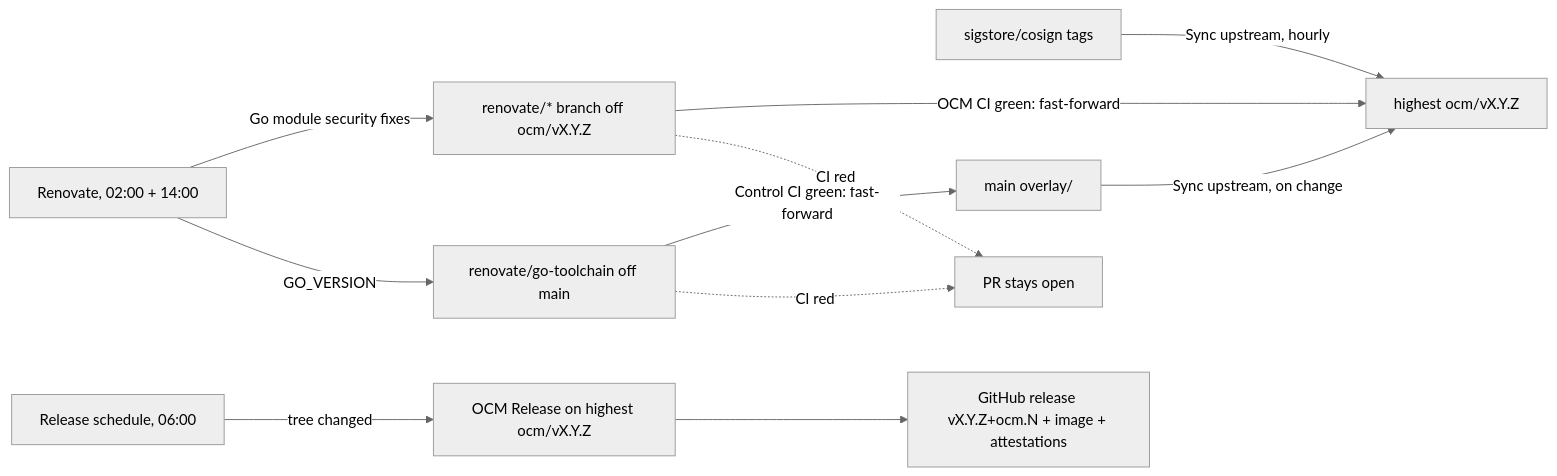
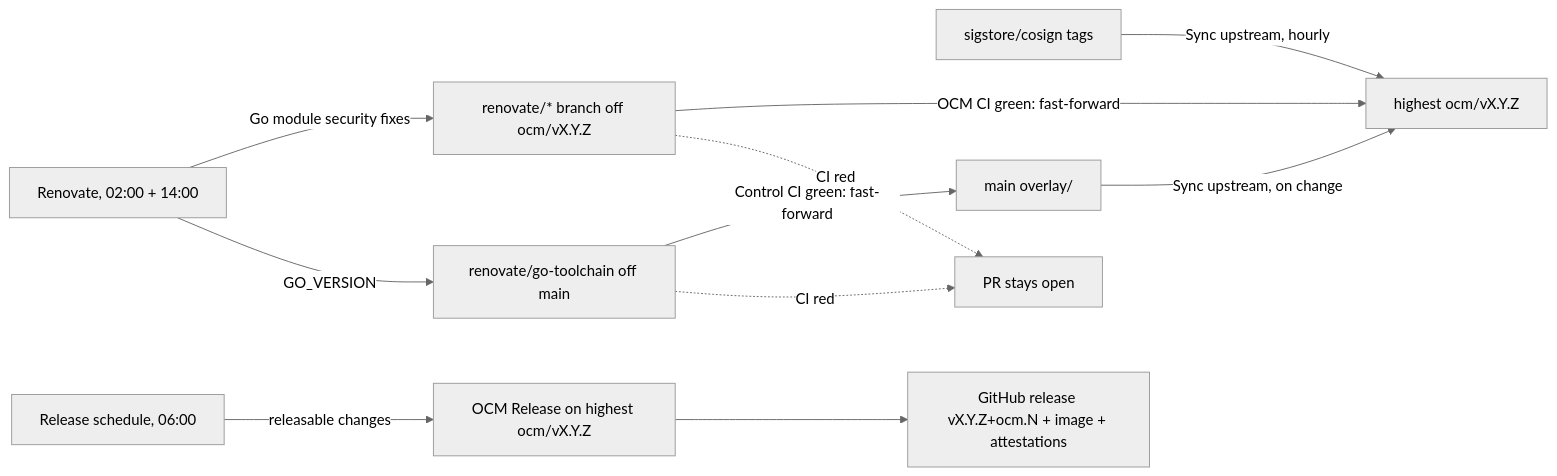
The diagram in docs/maintenance.md (open-component-model/cosign), drawn with Mermaid (neutral theme) before and after one commit. The commit also changed other lines of this file and 1 other file, not shown here.

First line of the commit message:
docs: describe the OCM Release gate and Renovate PR dry-run limits (#36)

````diff
--- a/docs/maintenance.md
+++ b/docs/maintenance.md
@@ -11,13 +11,13 @@
 ```mermaid
 flowchart LR
   U[sigstore/cosign tags] -->|Sync upstream, hourly| B[highest ocm/vX.Y.Z]
   O[main overlay/] -->|Sync upstream, on change| B
   R[Renovate, 02:00 + 14:00] -->|Go module security fixes| RB[renovate/* branch off ocm/vX.Y.Z]
   R -->|GO_VERSION| RM[renovate/go-toolchain off main]
   RB -->|OCM CI green: fast-forward| B
   RM -->|Control CI green: fast-forward| O
   RB -.->|CI red| P[PR stays open]
   RM -.->|CI red| P
-  S[Release schedule, 06:00] -->|tree changed| REL[OCM Release on highest ocm/vX.Y.Z]
+  S[Release schedule, 06:00] -->|releasable changes| REL[OCM Release on highest ocm/vX.Y.Z]
   REL --> A[GitHub release vX.Y.Z+ocm.N + image + attestations]
 ```
````
